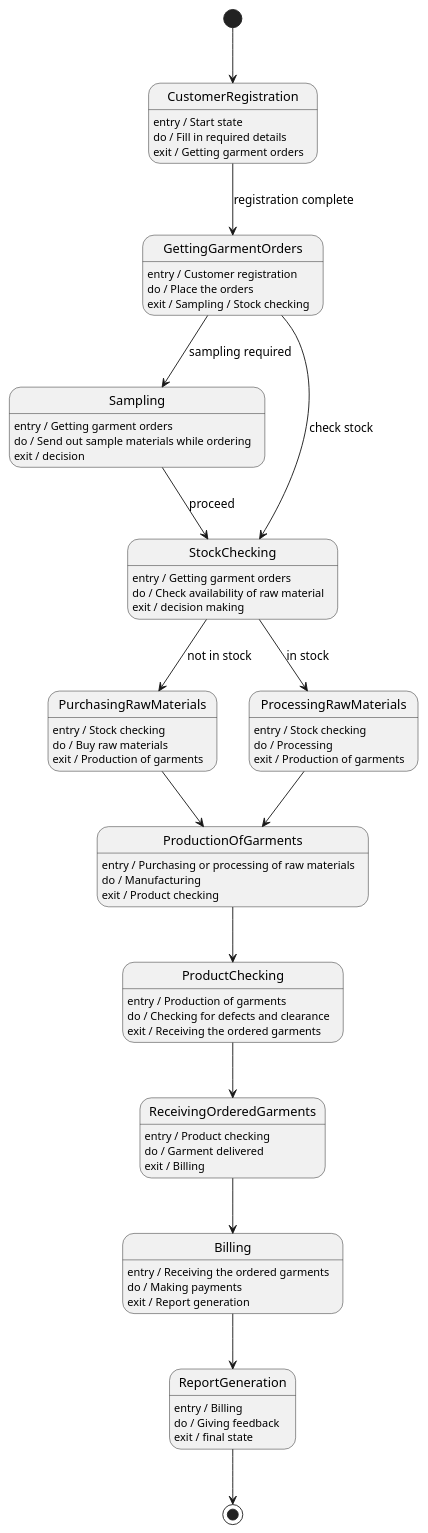
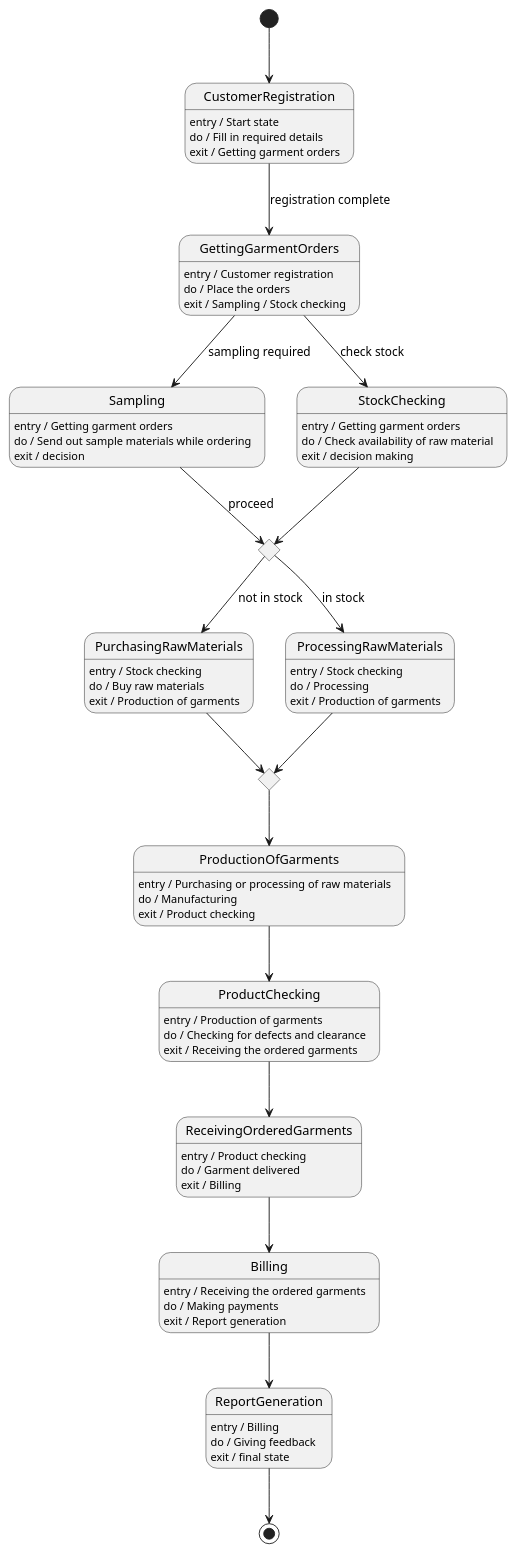
One commit to maimunafaria/State_transition_Diagram_generated_by_LLM changed the diagram in dataset/case_08_textile/diagram.puml. Above: the diagram before and after it, drawn with PlantUML. The commit also changed 21 other files, not shown here.

```diff
--- a/dataset/case_08_textile/diagram.puml
+++ b/dataset/case_08_textile/diagram.puml
@@ -1,73 +1,74 @@
 @startuml
 
 [*] --> CustomerRegistration
-
+state Choice1 <<choice>>
+state Choice2 <<choice>>
 CustomerRegistration : entry / Start state
 CustomerRegistration : do / Fill in required details
 CustomerRegistration : exit / Getting garment orders
 
 CustomerRegistration --> GettingGarmentOrders : registration complete
 
 GettingGarmentOrders : entry / Customer registration
 GettingGarmentOrders : do / Place the orders
 GettingGarmentOrders : exit / Sampling / Stock checking
 
 GettingGarmentOrders --> Sampling : sampling required
 GettingGarmentOrders --> StockChecking : check stock
 
 Sampling : entry / Getting garment orders
 Sampling : do / Send out sample materials while ordering
 Sampling : exit / decision
 
-Sampling --> StockChecking : proceed
+Sampling --> Choice1 : proceed
+StockChecking --> Choice1
 
 StockChecking : entry / Getting garment orders
 StockChecking : do / Check availability of raw material
 StockChecking : exit / decision making
 
-StockChecking --> PurchasingRawMaterials : not in stock
-StockChecking --> ProcessingRawMaterials : in stock
+Choice1 --> PurchasingRawMaterials : not in stock
+Choice1 --> ProcessingRawMaterials : in stock
 
 PurchasingRawMaterials : entry / Stock checking
 PurchasingRawMaterials : do / Buy raw materials
 PurchasingRawMaterials : exit / Production of garments
 
-PurchasingRawMaterials --> ProductionOfGarments
-
 ProcessingRawMaterials : entry / Stock checking
 ProcessingRawMaterials : do / Processing
 ProcessingRawMaterials : exit / Production of garments
-
-ProcessingRawMaterials --> ProductionOfGarments
+ProcessingRawMaterials --> Choice2
+PurchasingRawMaterials --> Choice2
+Choice2 --> ProductionOfGarments
 
 ProductionOfGarments : entry / Purchasing or processing of raw materials
 ProductionOfGarments : do / Manufacturing
 ProductionOfGarments : exit / Product checking
 
 ProductionOfGarments --> ProductChecking
 
 ProductChecking : entry / Production of garments
 ProductChecking : do / Checking for defects and clearance
 ProductChecking : exit / Receiving the ordered garments
 
 ProductChecking --> ReceivingOrderedGarments
 
 ReceivingOrderedGarments : entry / Product checking
 ReceivingOrderedGarments : do / Garment delivered
 ReceivingOrderedGarments : exit / Billing
 
 ReceivingOrderedGarments --> Billing
 
 Billing : entry / Receiving the ordered garments
 Billing : do / Making payments
 Billing : exit / Report generation
 
 Billing --> ReportGeneration
 
 ReportGeneration : entry / Billing
 ReportGeneration : do / Giving feedback
 ReportGeneration : exit / final state
 
 ReportGeneration --> [*]
 
 @enduml
```
